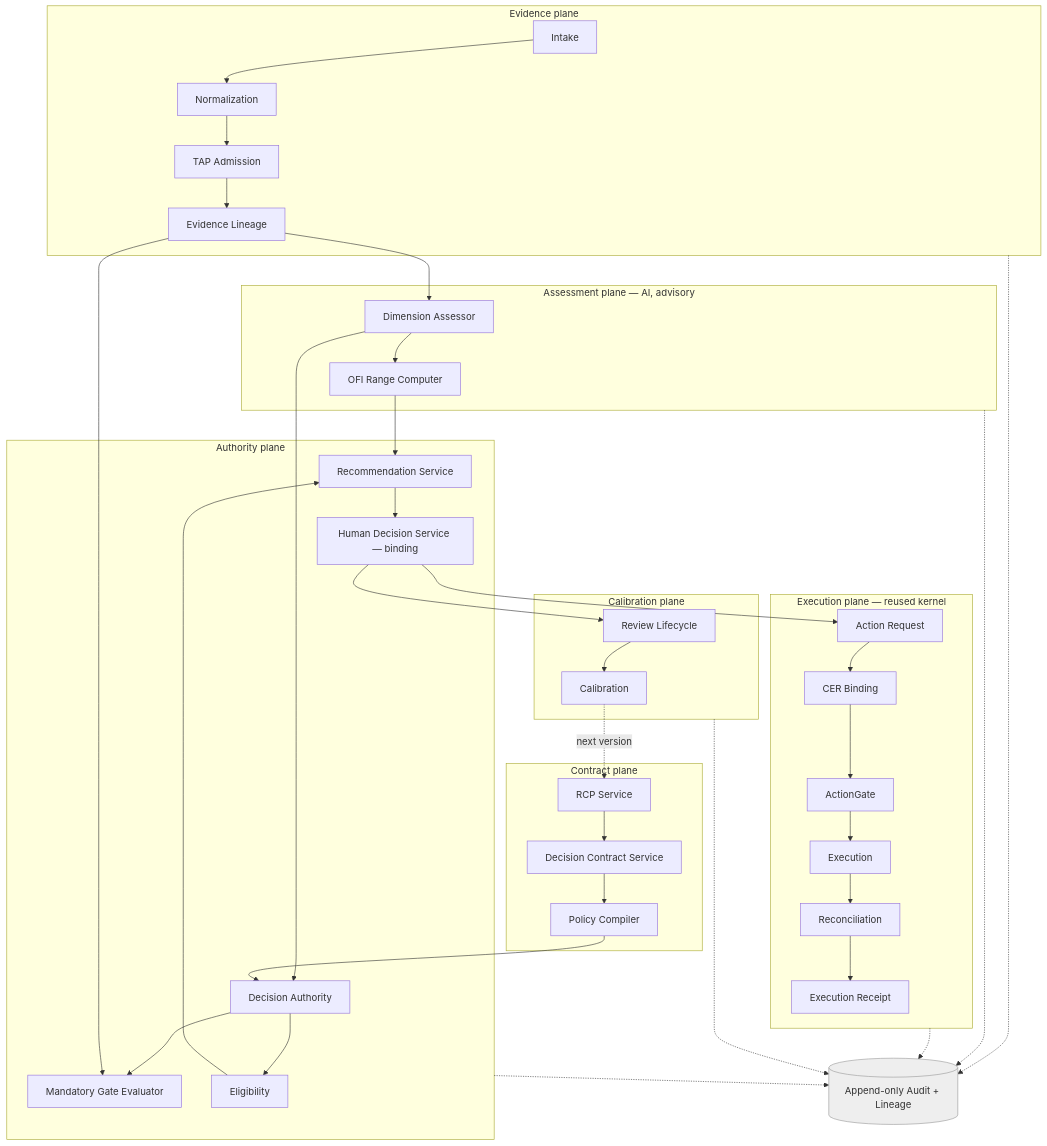
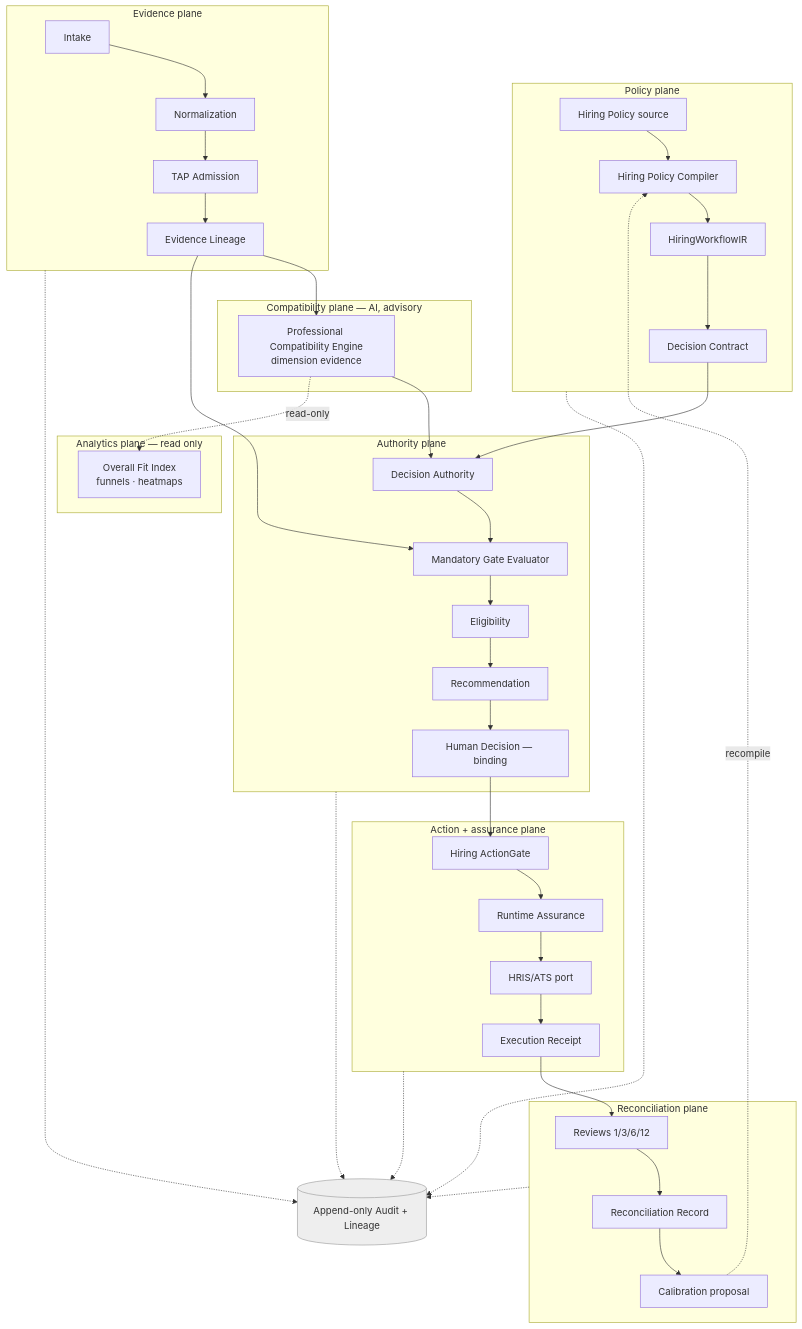
One commit to rasaha/symbolu changed the fifth of 8 diagrams in ai_hiring/docs/HIRING_DECISION_AUTHORITY_DESIGN_SPEC.md. Above: the diagram before and after it, drawn with Mermaid. The commit also changed other lines of this file and 11 other files, not shown here.

````diff
--- a/ai_hiring/docs/HIRING_DECISION_AUTHORITY_DESIGN_SPEC.md
+++ b/ai_hiring/docs/HIRING_DECISION_AUTHORITY_DESIGN_SPEC.md
@@ -496,38 +496,40 @@
 ```mermaid
 flowchart TB
+    subgraph Author [Policy plane]
+      HP[Hiring Policy source] --> PWC[Hiring Policy Compiler] --> IR[HiringWorkflowIR] --> HDC[Decision Contract]
+    end
     subgraph Ingest [Evidence plane]
       IN[Intake] --> NORM[Normalization] --> TAPADM[TAP Admission] --> LIN[Evidence Lineage]
     end
-    subgraph Assess [Assessment plane — AI, advisory]
-      DA1[Dimension Assessor] --> OFIc[OFI Range Computer]
+    subgraph Assess [Compatibility plane — AI, advisory]
+      PCE[Professional Compatibility Engine<br/>dimension evidence]
     end
-    subgraph Author [Contract plane]
-      RCPsvc[RCP Service] --> HDCsvc[Decision Contract Service] --> PC[Policy Compiler]
+    subgraph Analytics [Analytics plane — read only]
+      OFI[Overall Fit Index<br/>funnels · heatmaps]
     end
     subgraph Decide [Authority plane]
-      DAUTH[Decision Authority] --> GATE[Mandatory Gate Evaluator]
-      DAUTH --> ELG[Eligibility] --> RECsvc[Recommendation Service]
-      HUM[Human Decision Service — binding]
+      DAUTH[Decision Authority] --> GATE[Mandatory Gate Evaluator] --> ELG[Eligibility] --> RECsvc[Recommendation]
+      HUM[Human Decision — binding]
     end
-    subgraph Act [Execution plane — reused kernel]
-      AR[Action Request] --> CER[CER Binding] --> AG[ActionGate] --> EXE[Execution] --> RCN[Reconciliation] --> RCPT[Execution Receipt]
+    subgraph Act [Action + assurance plane]
+      AG[Hiring ActionGate] --> RA[Runtime Assurance] --> WR[HRIS/ATS port] --> RCPT[Execution Receipt]
     end
-    subgraph Learn [Calibration plane]
-      REV[Review Lifecycle] --> CALIB[Calibration]
+    subgraph Learn [Reconciliation plane]
+      REV[Reviews 1/3/6/12] --> RCN[Reconciliation Record] --> CAL[Calibration proposal]
     end
-    LIN --> DA1
+    HDC --> DAUTH
+    LIN --> PCE
     LIN --> GATE
-    OFIc --> RECsvc
-    DA1 --> DAUTH
-    PC --> DAUTH
-    RECsvc --> HUM --> AR
-    HUM --> REV
-    CALIB -. next version .-> RCPsvc
+    PCE --> DAUTH
+    PCE -. read-only .-> OFI
+    RECsvc --> HUM --> AG
+    RCPT --> REV
+    CAL -. recompile .-> PWC
     AUD[(Append-only Audit + Lineage)]:::a
+    Author -.-> AUD
     Ingest -.-> AUD
-    Assess -.-> AUD
     Decide -.-> AUD
     Act -.-> AUD
     Learn -.-> AUD
     classDef a fill:#eee,stroke:#999;
 ```
````
